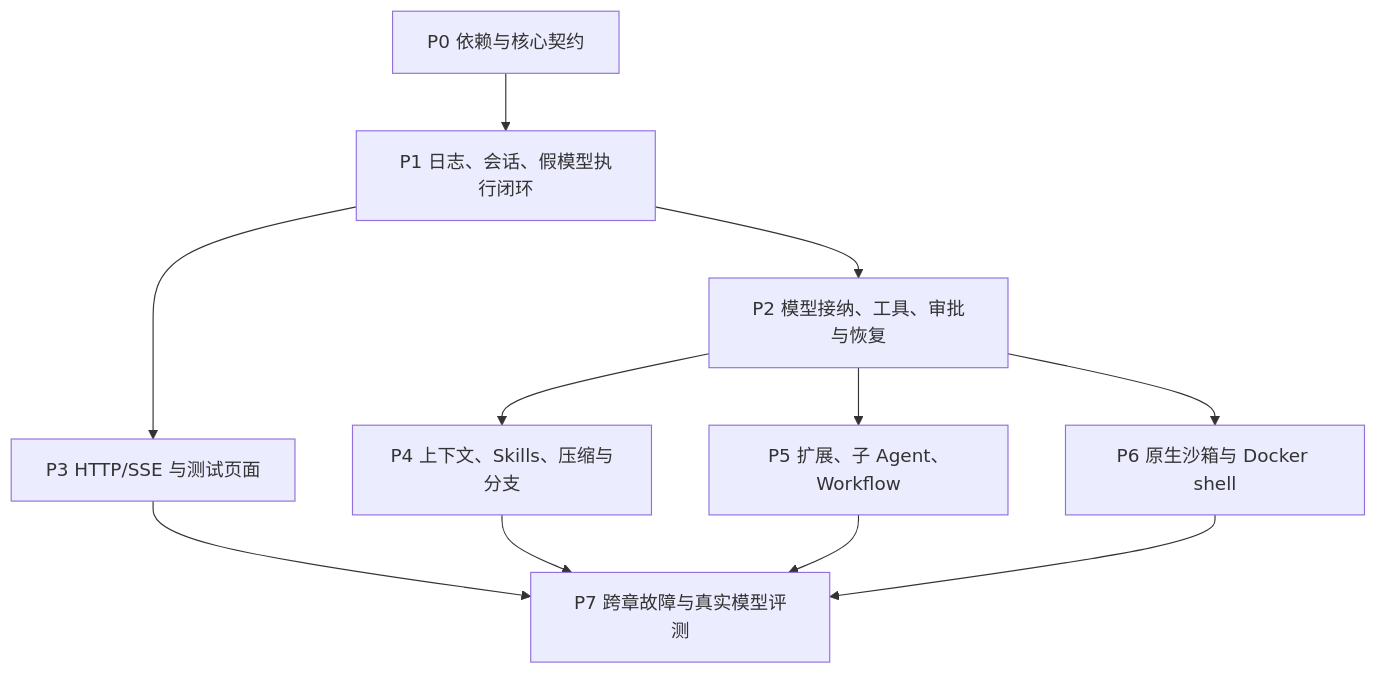
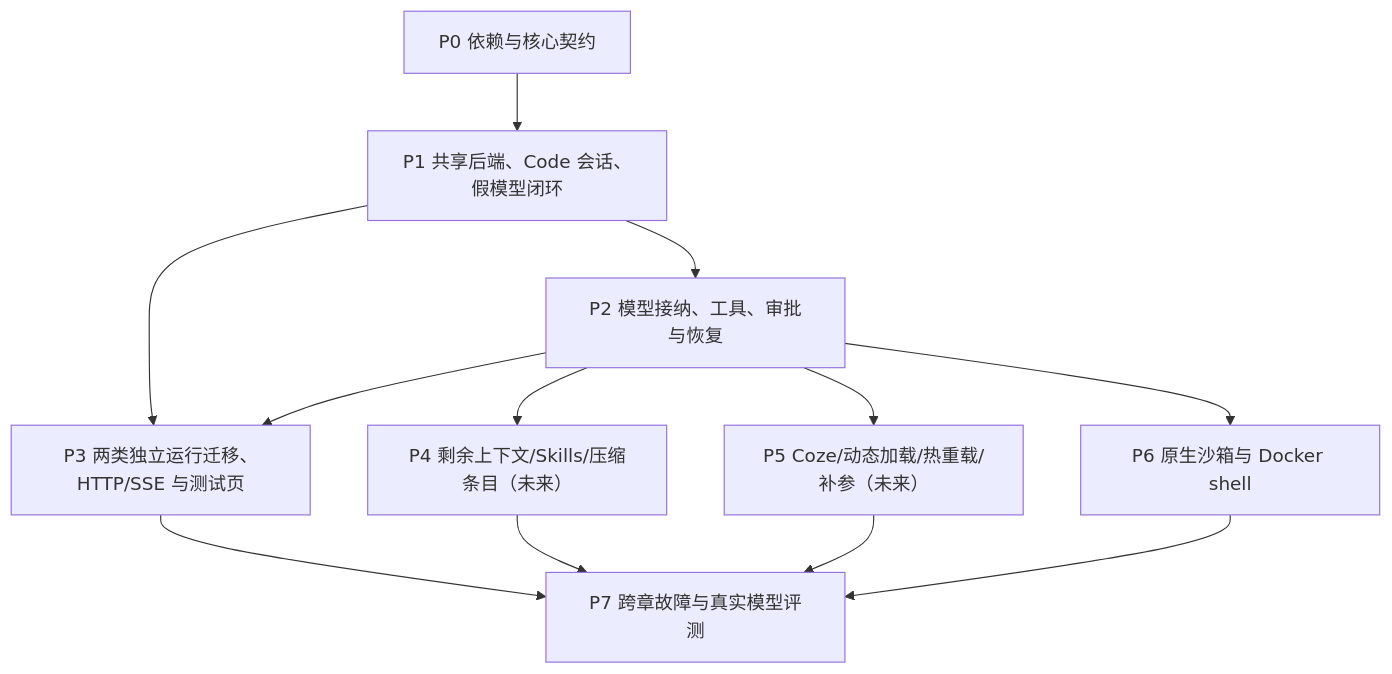
Before and after one commit to ww1489/seasprak: the diagram in docs/pi-eino-dev-plan/12-delivery-and-validation.md, drawn with Mermaid. The commit also changed other lines of this file and 904 other files, not shown here.

````diff
--- a/docs/pi-eino-dev-plan/12-delivery-and-validation.md
+++ b/docs/pi-eino-dev-plan/12-delivery-and-validation.md
@@ -25,13 +57,14 @@
 ```mermaid
 flowchart TD
-    A["P0 依赖与核心契约"] --> B["P1 日志、会话、假模型执行闭环"]
+    A["P0 依赖与核心契约"] --> B["P1 共享后端、Code 会话、假模型闭环"]
     B --> C["P2 模型接纳、工具、审批与恢复"]
-    B --> D["P3 HTTP/SSE 与测试页面"]
-    C --> E["P4 上下文、Skills、压缩与分支"]
-    C --> F["P5 扩展、子 Agent、Workflow"]
+    B --> D["P3 两类独立运行迁移、HTTP/SSE 与测试页"]
+    C --> D
+    C --> E["P4 剩余上下文/Skills/压缩条目（未来）"]
+    C --> F["P5 Coze/动态加载/热重载/补参（未来）"]
     C --> G["P6 原生沙箱与 Docker shell"]
     D --> H["P7 跨章故障与真实模型评测"]
     E --> H
     F --> H
     G --> H
 ```
````
